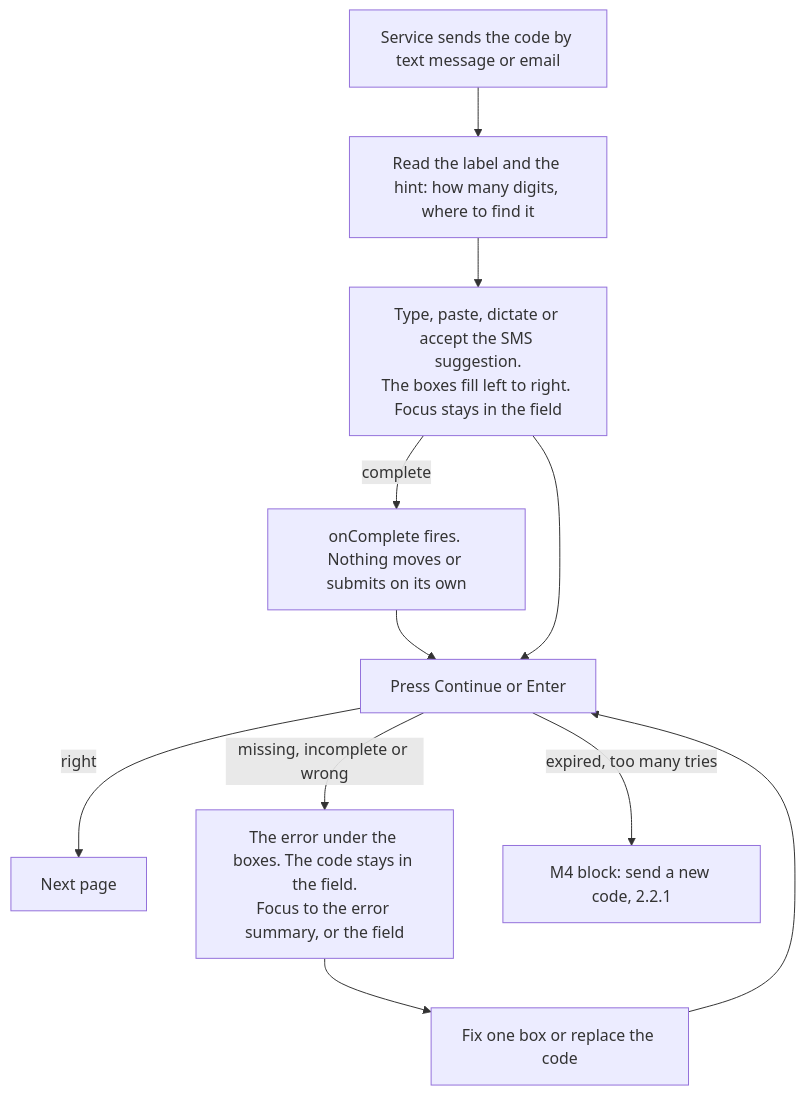
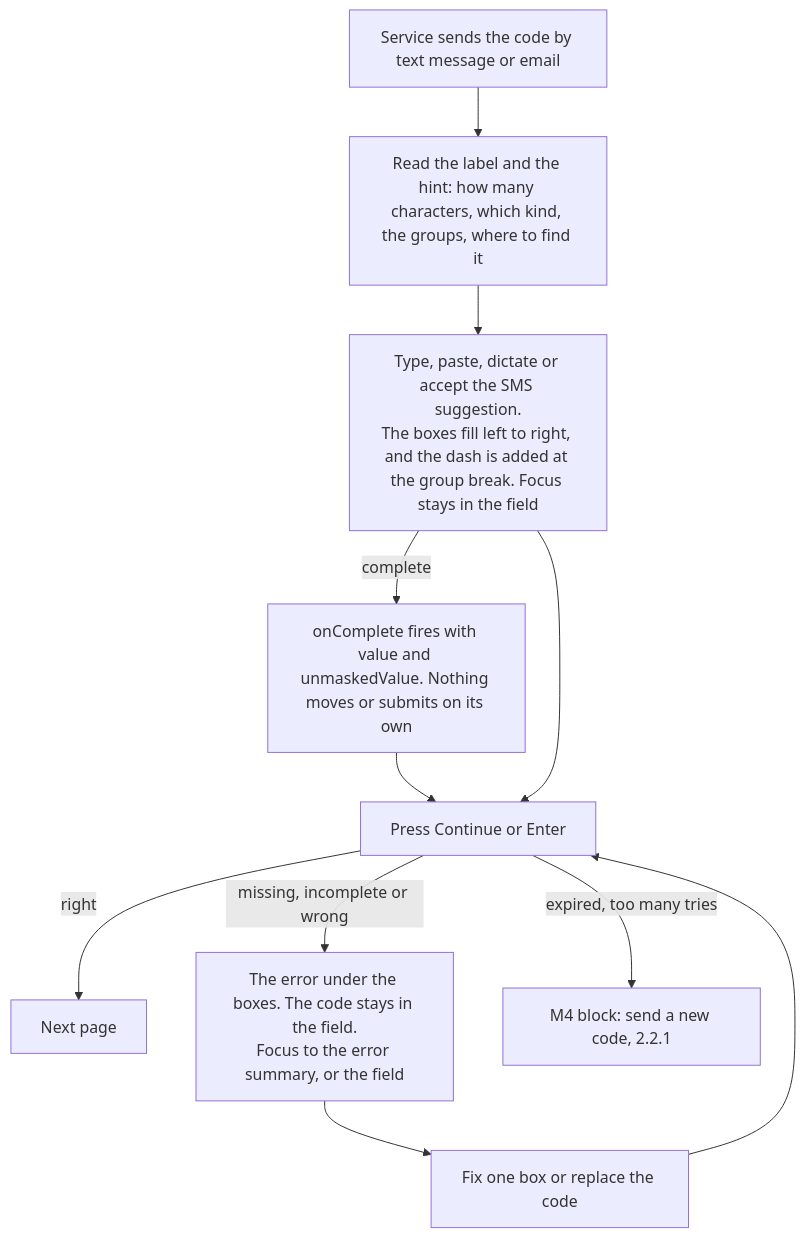
One commit to kvirn/ui changed the diagram in docs/design/one-time-code.md. Above: the diagram before and after it, drawn with Mermaid. The commit also changed other lines of this file and 38 other files, not shown here.

````diff
--- a/docs/design/one-time-code.md
+++ b/docs/design/one-time-code.md
@@ -61,12 +62,12 @@
 ```mermaid
 flowchart TD
-  sent[Service sends the code by text message or email] --> read[Read the label and the hint: how many digits, where to find it]
-  read --> enter[Type, paste, dictate or accept the SMS suggestion.<br/>The boxes fill left to right. Focus stays in the field]
-  enter -->|complete| optional[onComplete fires. Nothing moves or submits on its own]
+  sent[Service sends the code by text message or email] --> read[Read the label and the hint: how many characters, which kind, the groups, where to find it]
+  read --> enter[Type, paste, dictate or accept the SMS suggestion.<br/>The boxes fill left to right, and the dash is added at the group break. Focus stays in the field]
+  enter -->|complete| optional[onComplete fires with value and unmaskedValue. Nothing moves or submits on its own]
   optional --> submit[Press Continue or Enter]
   enter --> submit
   submit -->|right| next[Next page]
   submit -->|missing, incomplete or wrong| error[The error under the boxes. The code stays in the field.<br/>Focus to the error summary, or the field]
   error --> fix[Fix one box or replace the code] --> submit
   submit -->|expired, too many tries| block[M4 block: send a new code, 2.2.1]
 ```
````
